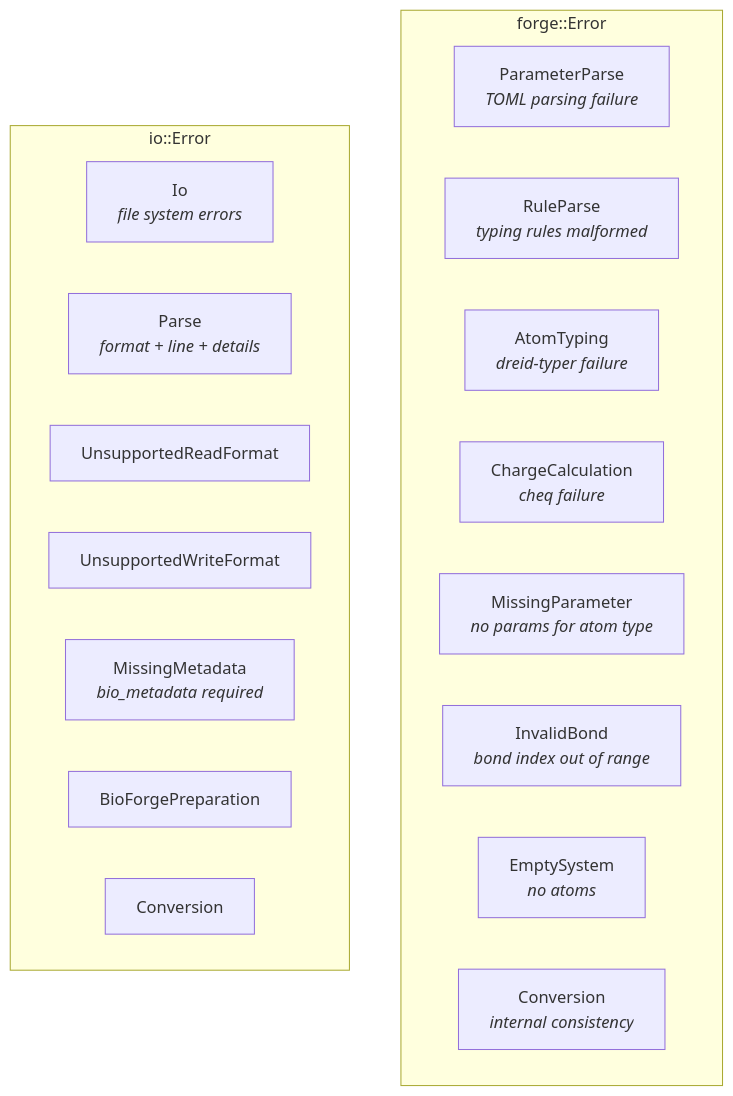
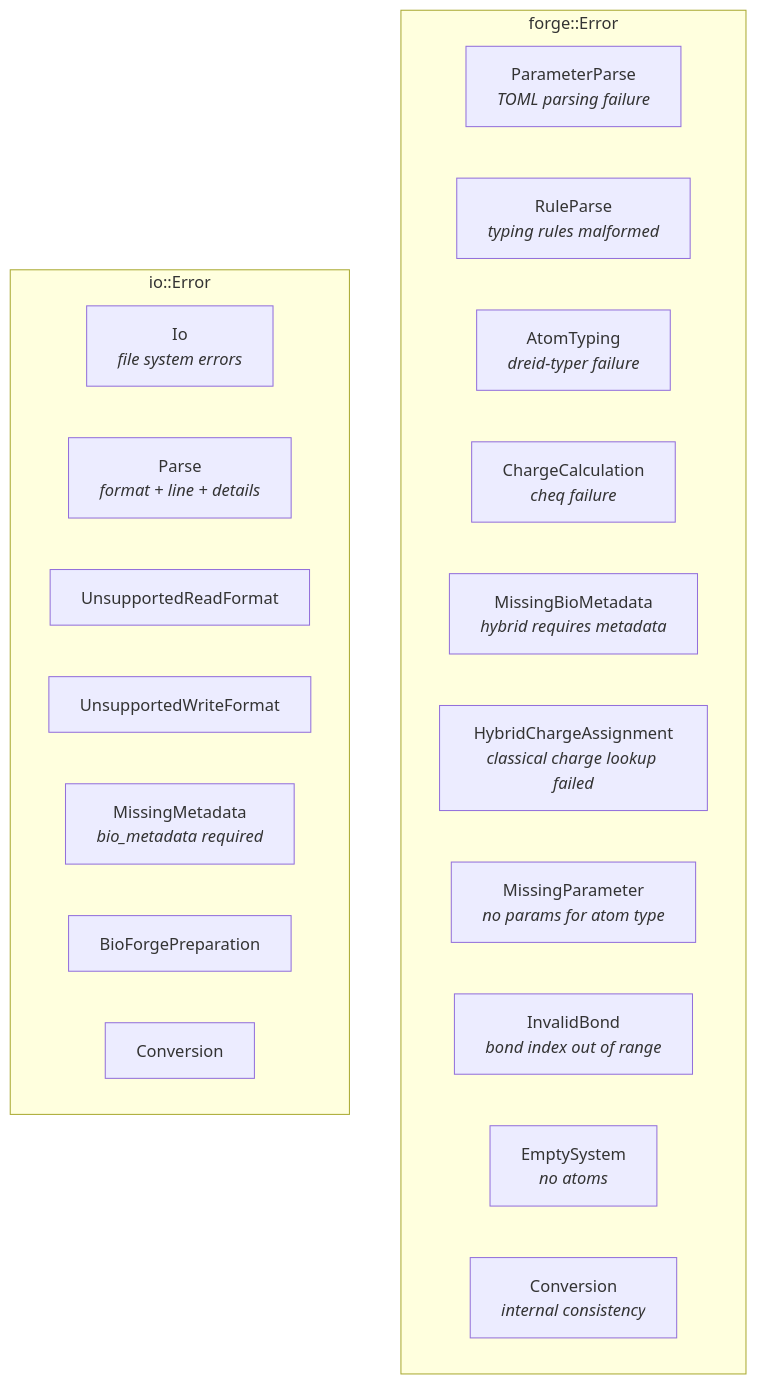
One commit to caltechmsc/dreid-forge changed diagram 17 of 18 in ARCHITECTURE.md. Above: the diagram before and after it, drawn with Mermaid. The commit also changed other lines of this file, not shown here.

Commit message:
docs(architecture): Update charge calculation section to include hybrid method and external crate integration

````diff
--- a/ARCHITECTURE.md
+++ b/ARCHITECTURE.md
@@ -802,23 +937,25 @@
 ```mermaid
 flowchart TD
     subgraph "forge::Error"
         FE_PP["ParameterParse<br><i>TOML parsing failure</i>"]
         FE_RP["RuleParse<br><i>typing rules malformed</i>"]
         FE_AT["AtomTyping<br><i>dreid-typer failure</i>"]
         FE_CC["ChargeCalculation<br><i>cheq failure</i>"]
+        FE_MB["MissingBioMetadata<br><i>hybrid requires metadata</i>"]
+        FE_HC["HybridChargeAssignment<br><i>classical charge lookup failed</i>"]
         FE_MP["MissingParameter<br><i>no params for atom type</i>"]
         FE_IB["InvalidBond<br><i>bond index out of range</i>"]
         FE_ES["EmptySystem<br><i>no atoms</i>"]
         FE_CV["Conversion<br><i>internal consistency</i>"]
     end
 
     subgraph "io::Error"
         IE_IO["Io<br><i>file system errors</i>"]
         IE_PA["Parse<br><i>format + line + details</i>"]
         IE_UR["UnsupportedReadFormat"]
         IE_UW["UnsupportedWriteFormat"]
         IE_MM["MissingMetadata<br><i>bio_metadata required</i>"]
         IE_BF["BioForgePreparation"]
         IE_CV["Conversion"]
     end
 ```
````
